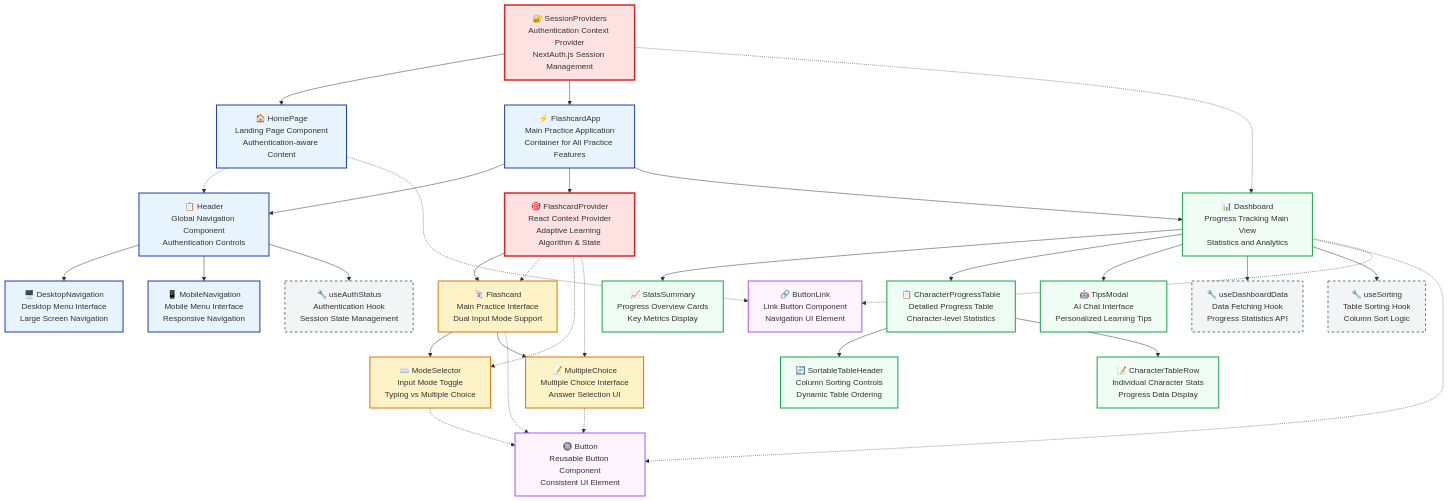
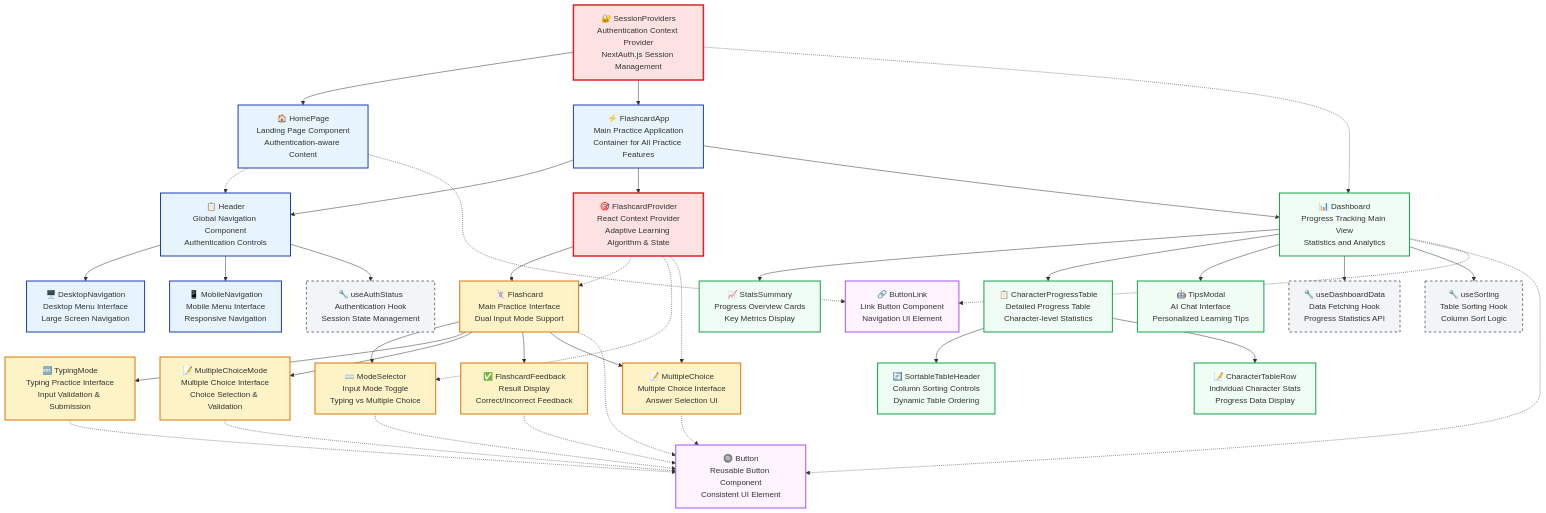
One commit to sakan811/SakuMari changed the second of 3 diagrams in docs/architecture.md. Above: the diagram before and after it, drawn with Mermaid. The commit also changed other lines of this file and 4 other files, not shown here.

Commit message:
refactor: reduce Flashcard component cognitive complexity and update architecture docs

````diff
--- a/docs/architecture.md
+++ b/docs/architecture.md
@@ -65,73 +65,79 @@
 ```mermaid
 flowchart TD
     %% Authentication Layer
     SessionProviders["🔐 SessionProviders<br/>Authentication Context Provider<br/>NextAuth.js Session Management"]
 
     %% Root Application Structure
     SessionProviders --> HomePage["🏠 HomePage<br/>Landing Page Component<br/>Authentication-aware Content"]
     SessionProviders --> FlashcardApp["⚡ FlashcardApp<br/>Main Practice Application<br/>Container for All Practice Features"]
 
     %% Core Application Components
     FlashcardApp --> Header["📋 Header<br/>Global Navigation Component<br/>Authentication Controls"]
     FlashcardApp --> FlashcardProvider["🎯 FlashcardProvider<br/>React Context Provider<br/>Adaptive Learning Algorithm & State"]
 
     %% Navigation Components (Header Children)
     Header --> DesktopNavigation["🖥️ DesktopNavigation<br/>Desktop Menu Interface<br/>Large Screen Navigation"]
     Header --> MobileNavigation["📱 MobileNavigation<br/>Mobile Menu Interface<br/>Responsive Navigation"]
 
     %% Practice Flow Components
     FlashcardProvider --> Flashcard["🃏 Flashcard<br/>Main Practice Interface<br/>Dual Input Mode Support"]
 
     Flashcard --> ModeSelector["⌨️ ModeSelector<br/>Input Mode Toggle<br/>Typing vs Multiple Choice"]
+    Flashcard --> TypingMode["🔤 TypingMode<br/>Typing Practice Interface<br/>Input Validation & Submission"]
+    Flashcard --> MultipleChoiceMode["📝 MultipleChoiceMode<br/>Multiple Choice Interface<br/>Choice Selection & Validation"]
+    Flashcard --> FlashcardFeedback["✅ FlashcardFeedback<br/>Result Display<br/>Correct/Incorrect Feedback"]
     Flashcard --> MultipleChoice["📝 MultipleChoice<br/>Multiple Choice Interface<br/>Answer Selection UI"]
 
     %% Dashboard and Progress Components
     FlashcardApp --> Dashboard["📊 Dashboard<br/>Progress Tracking Main View<br/>Statistics and Analytics"]
 
     Dashboard --> StatsSummary["📈 StatsSummary<br/>Progress Overview Cards<br/>Key Metrics Display"]
     Dashboard --> CharacterProgressTable["📋 CharacterProgressTable<br/>Detailed Progress Table<br/>Character-level Statistics"]
     Dashboard --> TipsModal["🤖 TipsModal<br/>AI Chat Interface<br/>Personalized Learning Tips"]
 
     %% Table Sub-Components
     CharacterProgressTable --> SortableTableHeader["🔄 SortableTableHeader<br/>Column Sorting Controls<br/>Dynamic Table Ordering"]
     CharacterProgressTable --> CharacterTableRow["📝 CharacterTableRow<br/>Individual Character Stats<br/>Progress Data Display"]
 
     %% Custom Hooks Integration
     Dashboard --> useDashboardData["🔧 useDashboardData<br/>Data Fetching Hook<br/>Progress Statistics API"]
     Dashboard --> useSorting["🔧 useSorting<br/>Table Sorting Hook<br/>Column Sort Logic"]
     Header --> useAuthStatus["🔧 useAuthStatus<br/>Authentication Hook<br/>Session State Management"]
 
     %% Reusable UI Components
     Button["🔘 Button<br/>Reusable Button Component<br/>Consistent UI Element"]
     ButtonLink["🔗 ButtonLink<br/>Link Button Component<br/>Navigation UI Element"]
 
     %% Component Usage Relationships
     HomePage -.-> Header
     HomePage -.-> ButtonLink
     Dashboard -.-> Button
     Dashboard -.-> ButtonLink
     ModeSelector -.-> Button
     MultipleChoice -.-> Button
+    TypingMode -.-> Button
+    MultipleChoiceMode -.-> Button
+    FlashcardFeedback -.-> Button
     Flashcard -.-> Button
 
     %% Context Provider Relationships
     FlashcardProvider -.-> Flashcard
     FlashcardProvider -.-> ModeSelector
     FlashcardProvider -.-> MultipleChoice
     SessionProviders -.-> Dashboard
 
     %% Styling Classes
     classDef coreComponent fill:#e8f4fd,stroke:#1e40af,stroke-width:2px
     classDef practiceComponent fill:#fef3c7,stroke:#d97706,stroke-width:2px
     classDef dashboardComponent fill:#f0fdf4,stroke:#16a34a,stroke-width:2px
     classDef uiComponent fill:#fdf4ff,stroke:#a855f7,stroke-width:2px
     classDef contextProvider fill:#fee2e2,stroke:#dc2626,stroke-width:3px
     classDef customHook fill:#f3f4f6,stroke:#6b7280,stroke-width:2px,stroke-dasharray: 5 5
 
     class SessionProviders,HomePage,FlashcardApp,Header,DesktopNavigation,MobileNavigation coreComponent
-    class Flashcard,ModeSelector,MultipleChoice,FlashcardProvider practiceComponent
+    class Flashcard,ModeSelector,MultipleChoice,FlashcardProvider,TypingMode,MultipleChoiceMode,FlashcardFeedback practiceComponent
     class Dashboard,StatsSummary,CharacterProgressTable,SortableTableHeader,CharacterTableRow,TipsModal dashboardComponent
     class Button,ButtonLink uiComponent
     class FlashcardProvider,SessionProviders contextProvider
     class useDashboardData,useSorting,useAuthStatus customHook
 ```
````
